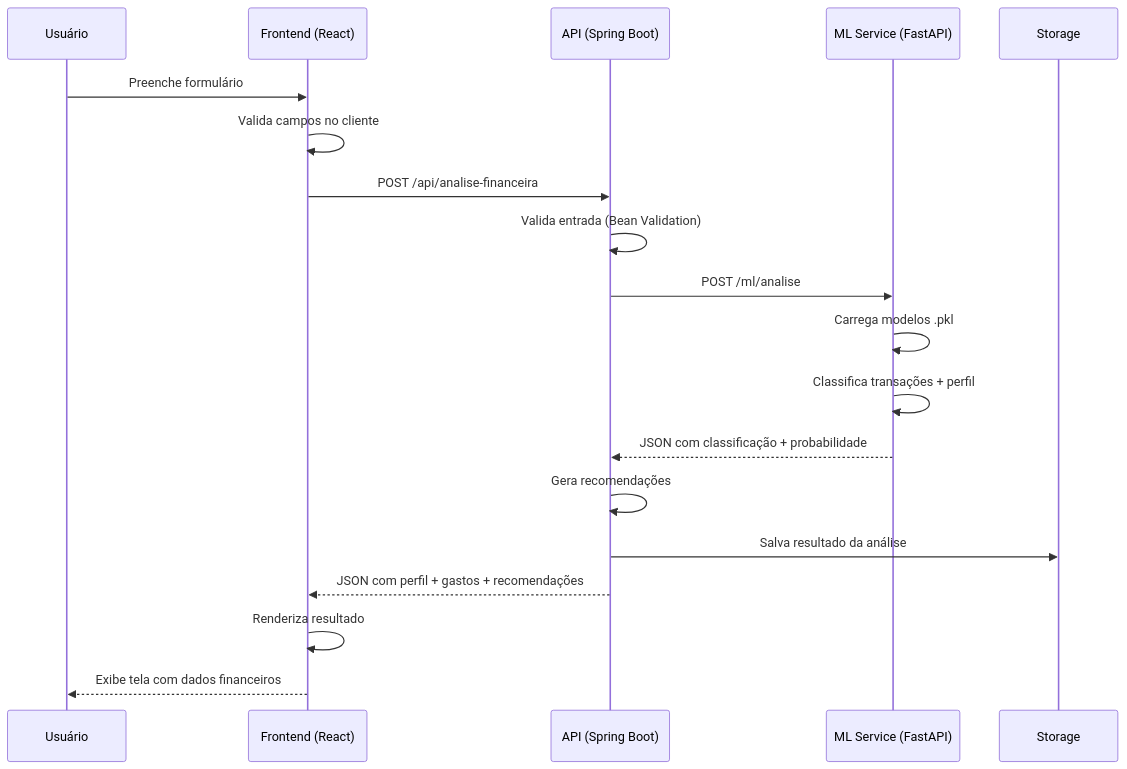
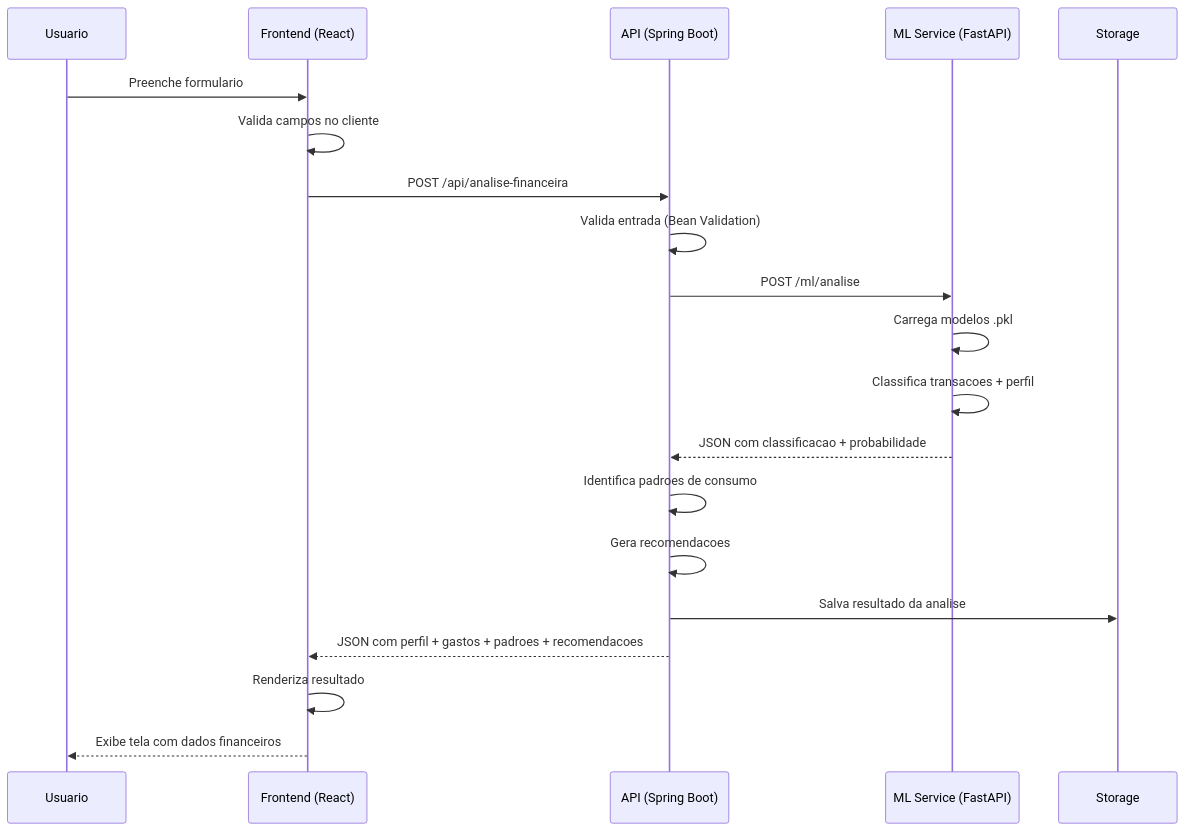
One commit to No-Country-simulation/G9-BR-Team-17-financial-health changed the diagram in docs/ARQUITETURA.md. Above: the diagram before and after it, drawn with Mermaid.

Commit message:
docs: adiciona etapa de identificacao de padroes no fluxo da arquitetura

````diff
--- a/docs/ARQUITETURA.md
+++ b/docs/ARQUITETURA.md
@@ -31,22 +31,23 @@
 ```mermaid
 sequenceDiagram
-    participant U as Usuário
+    participant U as Usuario
     participant F as Frontend (React)
     participant B as API (Spring Boot)
     participant M as ML Service (FastAPI)
     participant S as Storage
 
-    U->>F: Preenche formulário
+    U->>F: Preenche formulario
     F->>F: Valida campos no cliente
     F->>B: POST /api/analise-financeira
     B->>B: Valida entrada (Bean Validation)
     B->>M: POST /ml/analise
     M->>M: Carrega modelos .pkl
-    M->>M: Classifica transações + perfil
-    M-->>B: JSON com classificação + probabilidade
-    B->>B: Gera recomendações
-    B->>S: Salva resultado da análise
-    B-->>F: JSON com perfil + gastos + recomendações
+    M->>M: Classifica transacoes + perfil
+    M-->>B: JSON com classificacao + probabilidade
+    B->>B: Identifica padroes de consumo
+    B->>B: Gera recomendacoes
+    B->>S: Salva resultado da analise
+    B-->>F: JSON com perfil + gastos + padroes + recomendacoes
     F->>F: Renderiza resultado
     F-->>U: Exibe tela com dados financeiros
 ```
````
